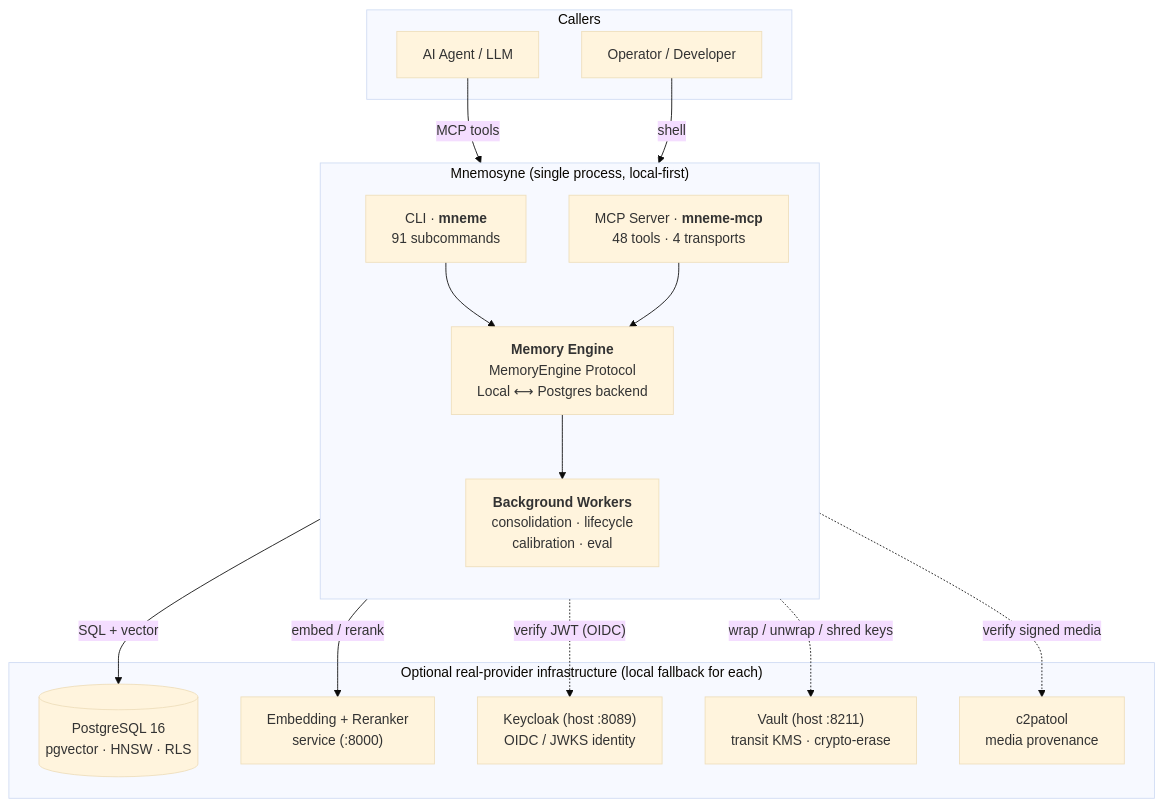
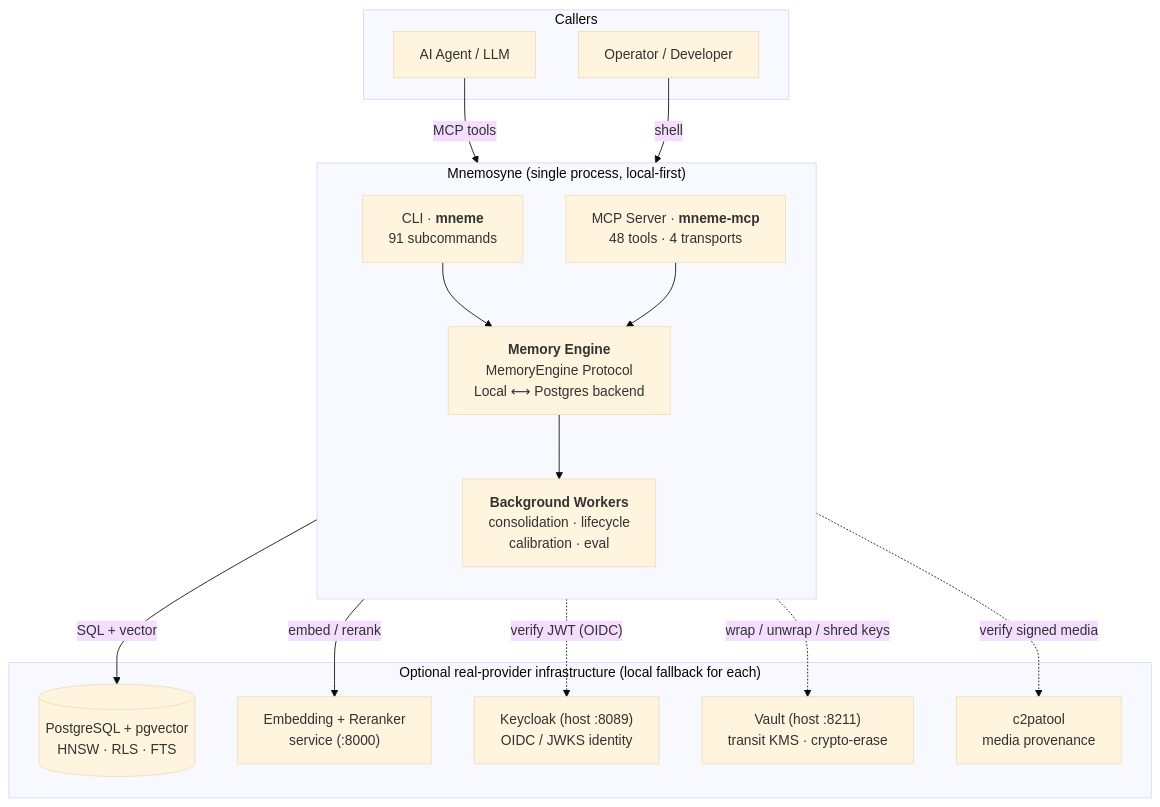
Before and after one commit to onfire7777/Mnemosyne: the first of 8 diagrams in docs/ARCHITECTURE-OVERVIEW.md, drawn with Mermaid (base theme). The commit also changed other lines of this file, not shown here.

First line of the commit message:
docs(architecture): tighten schema and provider details

````diff
--- a/docs/ARCHITECTURE-OVERVIEW.md
+++ b/docs/ARCHITECTURE-OVERVIEW.md
@@ -30,34 +30,34 @@
 ```mermaid
 flowchart TB
     subgraph clients["Callers"]
         AGENT["AI Agent / LLM"]
         HUMAN["Operator / Developer"]
     end
 
     subgraph mneme["Mnemosyne (single process, local-first)"]
         direction TB
         CLI["CLI · <b>mneme</b><br/>91 subcommands"]
         MCP["MCP Server · <b>mneme-mcp</b><br/>48 tools · 4 transports"]
         ENGINE["<b>Memory Engine</b><br/>MemoryEngine Protocol<br/>Local ⟷ Postgres backend"]
         WORK["<b>Background Workers</b><br/>consolidation · lifecycle<br/>calibration · eval"]
         CLI --> ENGINE
         MCP --> ENGINE
         ENGINE --> WORK
     end
 
     subgraph infra["Optional real-provider infrastructure (local fallback for each)"]
-        PG[("PostgreSQL 16<br/>pgvector · HNSW · RLS")]
+        PG[("PostgreSQL + pgvector<br/>HNSW · RLS · FTS")]
         EMB["Embedding + Reranker<br/>service (:8000)"]
         KC["Keycloak (host :8089)<br/>OIDC / JWKS identity"]
         VAULT["Vault (host :8211)<br/>transit KMS · crypto-erase"]
         C2PA["c2patool<br/>media provenance"]
     end
 
     AGENT -->|"MCP tools"| MCP
     HUMAN -->|"shell"| CLI
     ENGINE -->|"SQL + vector"| PG
     ENGINE -->|"embed / rerank"| EMB
     ENGINE -. "verify JWT (OIDC)" .-> KC
     ENGINE -. "wrap / unwrap / shred keys" .-> VAULT
     ENGINE -. "verify signed media" .-> C2PA
 ```
````
